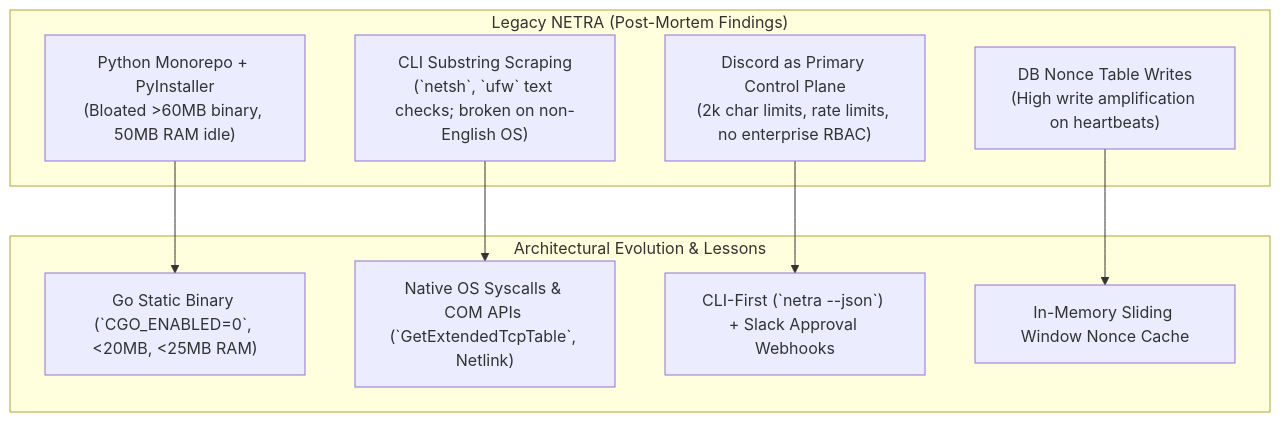
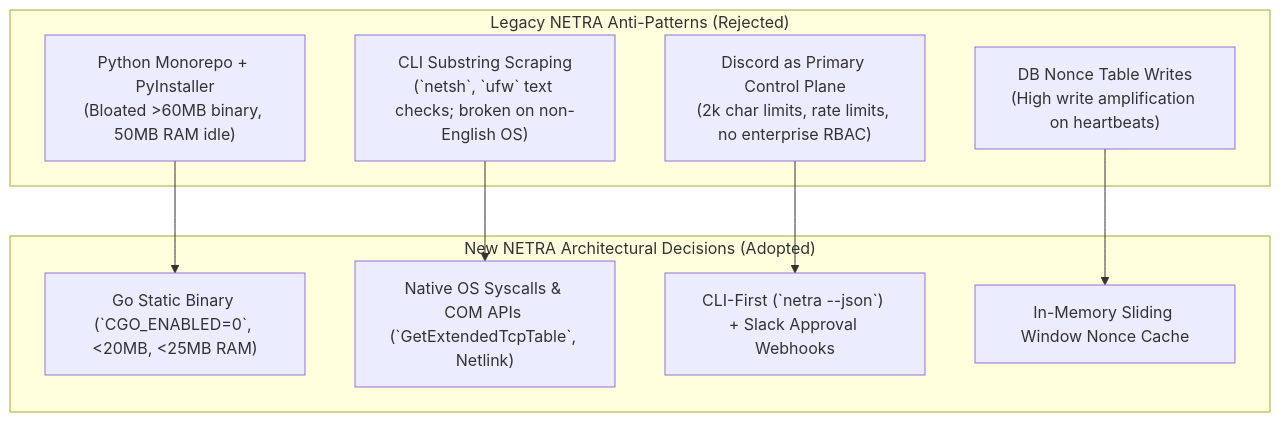
Before and after one commit to Subhadip-Paul2006/NETRA-Backend: the second of 5 diagrams in docs/RESEARCH.md, drawn with Mermaid. The commit also changed other lines of this file and 15 other files, not shown here.

Commit message:
docs: establish authoritative open-source academic architecture & technical specification suite

````diff
--- a/docs/RESEARCH.md
+++ b/docs/RESEARCH.md
@@ -84,21 +91,21 @@
 ```mermaid
 flowchart TD
-    subgraph LegacyNETRA["Legacy NETRA (Post-Mortem Findings)"]
+    subgraph LegacyNETRA["Legacy NETRA Anti-Patterns (Rejected)"]
         L1["Python Monorepo + PyInstaller<br/>(Bloated >60MB binary, 50MB RAM idle)"]
         L2["CLI Substring Scraping<br/>(`netsh`, `ufw` text checks; broken on non-English OS)"]
         L3["Discord as Primary Control Plane<br/>(2k char limits, rate limits, no enterprise RBAC)"]
         L4["DB Nonce Table Writes<br/>(High write amplification on heartbeats)"]
     end
 
-    subgraph Evolution["Architectural Evolution & Lessons"]
+    subgraph Evolution["New NETRA Architectural Decisions (Adopted)"]
         E1["Go Static Binary (`CGO_ENABLED=0`, <20MB, <25MB RAM)"]
         E2["Native OS Syscalls & COM APIs (`GetExtendedTcpTable`, Netlink)"]
         E3["CLI-First (`netra --json`) + Slack Approval Webhooks"]
         E4["In-Memory Sliding Window Nonce Cache"]
     end
 
     L1 --> E1
     L2 --> E2
     L3 --> E3
     L4 --> E4
 ```
````
